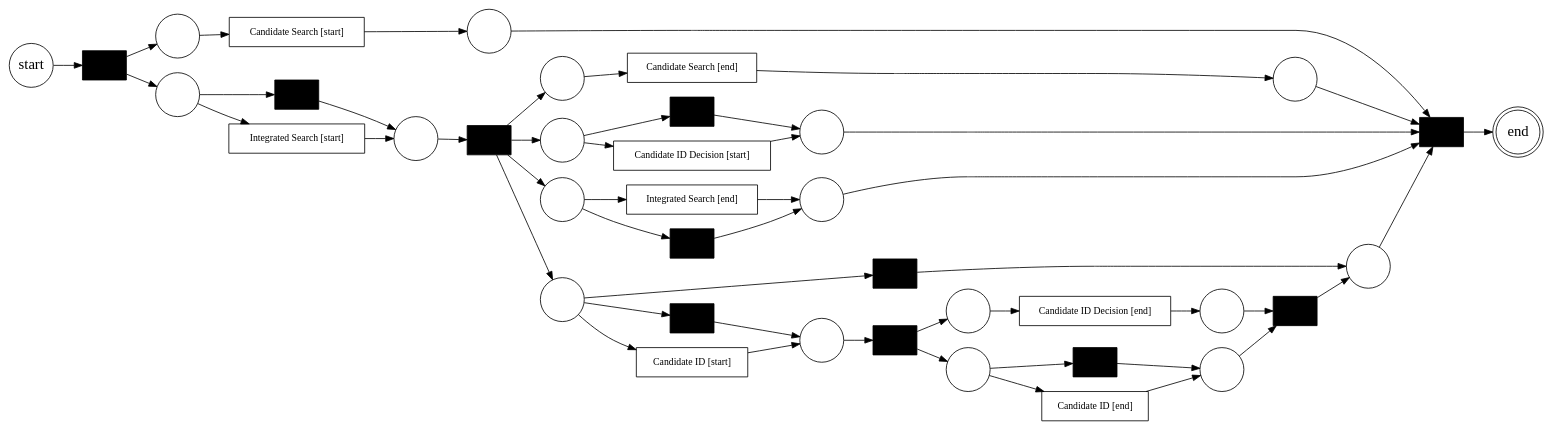
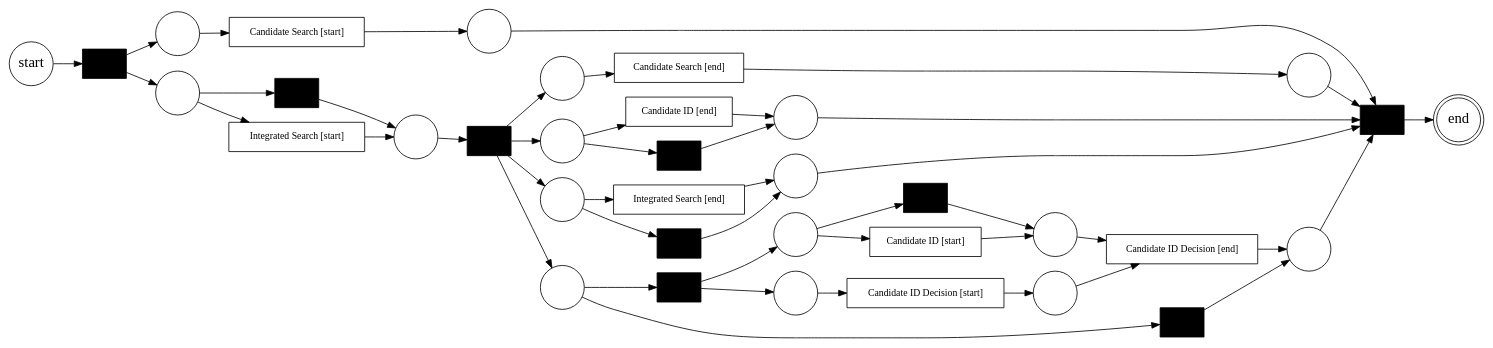
The diagram in lifecycles/level1/induct/Candidate_Integrated Search.gv (ProcessMining-uOttawa/ircc), drawn with Graphviz before and after one commit. The commit also changed 322 other files, not shown here.

```diff
--- a/lifecycles/level1/induct/Candidate_Integrated Search.gv
+++ b/lifecycles/level1/induct/Candidate_Integrated Search.gv
@@ -1,91 +1,84 @@
-digraph "imdf_net_1731853449.3183591" {
+digraph "imdf_net_1732282493.000562" {
 	graph [bgcolor=white rankdir=LR]
 	node [shape=box]
-	13548641808 [label="" border=1 fillcolor=black fontcolor=black fontsize=12 style=filled]
-	6202700304 [label="" border=1 fillcolor=black fontcolor=black fontsize=12 style=filled]
-	14235957648 [label="" border=1 fillcolor=black fontcolor=black fontsize=12 style=filled]
-	14235947536 [label="Candidate Search [start]" border=1 fillcolor=white fontcolor=black fontsize=12 style=filled]
-	14235947152 [label="" border=1 fillcolor=black fontcolor=black fontsize=12 style=filled]
-	14235953552 [label="" border=1 fillcolor=black fontcolor=black fontsize=12 style=filled]
-	14235953424 [label="" border=1 fillcolor=black fontcolor=black fontsize=12 style=filled]
-	6202698384 [label="" border=1 fillcolor=black fontcolor=black fontsize=12 style=filled]
-	14235957264 [label="Candidate Search [end]" border=1 fillcolor=white fontcolor=black fontsize=12 style=filled]
-	6202688464 [label="Integrated Search [end]" border=1 fillcolor=white fontcolor=black fontsize=12 style=filled]
-	6202700880 [label="Candidate ID Decision [start]" border=1 fillcolor=white fontcolor=black fontsize=12 style=filled]
-	6202689616 [label="" border=1 fillcolor=black fontcolor=black fontsize=12 style=filled]
-	6202701264 [label="" border=1 fillcolor=black fontcolor=black fontsize=12 style=filled]
-	6202688592 [label="Candidate ID [start]" border=1 fillcolor=white fontcolor=black fontsize=12 style=filled]
-	6202696016 [label="Candidate ID Decision [end]" border=1 fillcolor=white fontcolor=black fontsize=12 style=filled]
-	6202698576 [label="" border=1 fillcolor=black fontcolor=black fontsize=12 style=filled]
-	14235943184 [label="Integrated Search [start]" border=1 fillcolor=white fontcolor=black fontsize=12 style=filled]
-	6202698192 [label="Candidate ID [end]" border=1 fillcolor=white fontcolor=black fontsize=12 style=filled]
-	6202688528 [label="" border=1 fillcolor=black fontcolor=black fontsize=12 style=filled]
-	14235956688 [label="start" fillcolor=white fixedsize=true fontsize=18 shape=circle style=filled width=0.75]
-	14235955728 [label="" fillcolor=white fixedsize=true shape=circle style=filled width=0.75]
-	14235943568 [label="" fillcolor=white fixedsize=true shape=circle style=filled width=0.75]
-	13548643664 [label="" fillcolor=white fixedsize=true shape=circle style=filled width=0.75]
-	13548646416 [label="" fillcolor=white fixedsize=true shape=circle style=filled width=0.75]
-	6202688912 [label="" fillcolor=white fixedsize=true shape=circle style=filled width=0.75]
-	6202689296 [label="" fillcolor=white fixedsize=true shape=circle style=filled width=0.75]
-	6202694544 [label="" fillcolor=white fixedsize=true shape=circle style=filled width=0.75]
-	6202697360 [label="" fillcolor=white fixedsize=true shape=circle style=filled width=0.75]
-	6202698448 [label="" fillcolor=white fixedsize=true shape=circle style=filled width=0.75]
-	6202699856 [label="" fillcolor=white fixedsize=true shape=circle style=filled width=0.75]
-	6202701200 [label="" fillcolor=white fixedsize=true shape=circle style=filled width=0.75]
-	6202699472 [label="" fillcolor=white fixedsize=true shape=circle style=filled width=0.75]
-	6202696400 [label="" fillcolor=white fixedsize=true shape=circle style=filled width=0.75]
-	14235958224 [label="" fillcolor=white fixedsize=true shape=circle style=filled width=0.75]
-	14235958288 [label="" fillcolor=white fixedsize=true shape=circle style=filled width=0.75]
-	14235948176 [label="" fillcolor=white fixedsize=true shape=circle style=filled width=0.75]
-	14235944272 [label="" fillcolor=white fixedsize=true shape=circle style=filled width=0.75]
-	14235945040 [label="end" fillcolor=white fixedsize=true fontsize=18 shape=doublecircle style=filled width=0.75]
-	6202696016 -> 6202701200 [label="" arrowhead=normal fontsize=12]
-	6202688464 -> 6202689296 [label="" arrowhead=normal fontsize=12]
-	6202688592 -> 6202698448 [label="" arrowhead=normal fontsize=12]
-	14235947536 -> 14235958288 [label="" arrowhead=normal fontsize=12]
-	14235957264 -> 14235943568 [label="" arrowhead=normal fontsize=12]
-	6202698192 -> 6202696400 [label="" arrowhead=normal fontsize=12]
-	14235943184 -> 14235944272 [label="" arrowhead=normal fontsize=12]
-	6202700880 -> 13548646416 [label="" arrowhead=normal fontsize=12]
-	14235955728 -> 14235957264 [label="" arrowhead=normal fontsize=12]
-	14235943568 -> 14235947152 [label="" arrowhead=normal fontsize=12]
-	13548643664 -> 6202700880 [label="" arrowhead=normal fontsize=12]
-	13548643664 -> 13548641808 [label="" arrowhead=normal fontsize=12]
-	13548646416 -> 14235947152 [label="" arrowhead=normal fontsize=12]
-	6202688912 -> 6202688464 [label="" arrowhead=normal fontsize=12]
-	6202688912 -> 6202689616 [label="" arrowhead=normal fontsize=12]
-	6202689296 -> 14235947152 [label="" arrowhead=normal fontsize=12]
-	6202694544 -> 6202688592 [label="" arrowhead=normal fontsize=12]
-	6202694544 -> 6202700304 [label="" arrowhead=normal fontsize=12]
-	6202694544 -> 6202701264 [label="" arrowhead=normal fontsize=12]
-	6202697360 -> 14235947152 [label="" arrowhead=normal fontsize=12]
-	6202698448 -> 6202688528 [label="" arrowhead=normal fontsize=12]
-	6202699856 -> 6202696016 [label="" arrowhead=normal fontsize=12]
-	6202701200 -> 6202698384 [label="" arrowhead=normal fontsize=12]
-	6202699472 -> 6202698192 [label="" arrowhead=normal fontsize=12]
-	6202699472 -> 6202698576 [label="" arrowhead=normal fontsize=12]
-	6202696400 -> 6202698384 [label="" arrowhead=normal fontsize=12]
-	14235958224 -> 14235947536 [label="" arrowhead=normal fontsize=12]
-	14235958288 -> 14235947152 [label="" arrowhead=normal fontsize=12]
-	14235948176 -> 14235943184 [label="" arrowhead=normal fontsize=12]
-	14235948176 -> 14235953552 [label="" arrowhead=normal fontsize=12]
-	14235944272 -> 14235953424 [label="" arrowhead=normal fontsize=12]
-	13548641808 -> 13548646416 [label="" arrowhead=normal fontsize=12]
-	6202689616 -> 6202689296 [label="" arrowhead=normal fontsize=12]
-	6202700304 -> 6202697360 [label="" arrowhead=normal fontsize=12]
-	6202701264 -> 6202698448 [label="" arrowhead=normal fontsize=12]
-	6202698576 -> 6202696400 [label="" arrowhead=normal fontsize=12]
-	14235953552 -> 14235944272 [label="" arrowhead=normal fontsize=12]
-	14235956688 -> 14235957648 [label="" arrowhead=normal fontsize=12]
-	6202698384 -> 6202697360 [label="" arrowhead=normal fontsize=12]
-	14235947152 -> 14235945040 [label="" arrowhead=normal fontsize=12]
-	6202688528 -> 6202699856 [label="" arrowhead=normal fontsize=12]
-	6202688528 -> 6202699472 [label="" arrowhead=normal fontsize=12]
-	14235953424 -> 14235955728 [label="" arrowhead=normal fontsize=12]
-	14235953424 -> 13548643664 [label="" arrowhead=normal fontsize=12]
-	14235953424 -> 6202688912 [label="" arrowhead=normal fontsize=12]
-	14235953424 -> 6202694544 [label="" arrowhead=normal fontsize=12]
-	14235957648 -> 14235958224 [label="" arrowhead=normal fontsize=12]
-	14235957648 -> 14235948176 [label="" arrowhead=normal fontsize=12]
+	13504294480 [label="" border=1 fillcolor=black fontcolor=black fontsize=12 style=filled]
+	13369180816 [label="Candidate ID [end]" border=1 fillcolor=white fontcolor=black fontsize=12 style=filled]
+	13369189136 [label="Integrated Search [end]" border=1 fillcolor=white fontcolor=black fontsize=12 style=filled]
+	13369185680 [label="" border=1 fillcolor=black fontcolor=black fontsize=12 style=filled]
+	13328984848 [label="" border=1 fillcolor=black fontcolor=black fontsize=12 style=filled]
+	13369194256 [label="" border=1 fillcolor=black fontcolor=black fontsize=12 style=filled]
+	4366667664 [label="" border=1 fillcolor=black fontcolor=black fontsize=12 style=filled]
+	13475281424 [label="Candidate ID Decision [start]" border=1 fillcolor=white fontcolor=black fontsize=12 style=filled]
+	13475281296 [label="Candidate ID Decision [end]" border=1 fillcolor=white fontcolor=black fontsize=12 style=filled]
+	4366669392 [label="Candidate ID [start]" border=1 fillcolor=white fontcolor=black fontsize=12 style=filled]
+	13369194704 [label="" border=1 fillcolor=black fontcolor=black fontsize=12 style=filled]
+	13369193296 [label="" border=1 fillcolor=black fontcolor=black fontsize=12 style=filled]
+	13369183824 [label="Candidate Search [start]" border=1 fillcolor=white fontcolor=black fontsize=12 style=filled]
+	13328985424 [label="" border=1 fillcolor=black fontcolor=black fontsize=12 style=filled]
+	13369191376 [label="" border=1 fillcolor=black fontcolor=black fontsize=12 style=filled]
+	13369184464 [label="Integrated Search [start]" border=1 fillcolor=white fontcolor=black fontsize=12 style=filled]
+	13369192912 [label="Candidate Search [end]" border=1 fillcolor=white fontcolor=black fontsize=12 style=filled]
+	13328988240 [label="start" fillcolor=white fixedsize=true fontsize=18 shape=circle style=filled width=0.75]
+	13369191760 [label="" fillcolor=white fixedsize=true shape=circle style=filled width=0.75]
+	13369180624 [label="" fillcolor=white fixedsize=true shape=circle style=filled width=0.75]
+	13369181264 [label="" fillcolor=white fixedsize=true shape=circle style=filled width=0.75]
+	13369192016 [label="" fillcolor=white fixedsize=true shape=circle style=filled width=0.75]
+	13369192848 [label="" fillcolor=white fixedsize=true shape=circle style=filled width=0.75]
+	13369192400 [label="" fillcolor=white fixedsize=true shape=circle style=filled width=0.75]
+	13369195984 [label="" fillcolor=white fixedsize=true shape=circle style=filled width=0.75]
+	13369181520 [label="" fillcolor=white fixedsize=true shape=circle style=filled width=0.75]
+	13504283152 [label="" fillcolor=white fixedsize=true shape=circle style=filled width=0.75]
+	4366669648 [label="" fillcolor=white fixedsize=true shape=circle style=filled width=0.75]
+	4366673936 [label="" fillcolor=white fixedsize=true shape=circle style=filled width=0.75]
+	4366673040 [label="" fillcolor=white fixedsize=true shape=circle style=filled width=0.75]
+	13328989712 [label="" fillcolor=white fixedsize=true shape=circle style=filled width=0.75]
+	13369192336 [label="" fillcolor=white fixedsize=true shape=circle style=filled width=0.75]
+	13369196432 [label="" fillcolor=white fixedsize=true shape=circle style=filled width=0.75]
+	13369182096 [label="" fillcolor=white fixedsize=true shape=circle style=filled width=0.75]
+	13328974032 [label="end" fillcolor=white fixedsize=true fontsize=18 shape=doublecircle style=filled width=0.75]
+	13369192912 -> 13369180624 [label="" arrowhead=normal fontsize=12]
+	13369189136 -> 13369192400 [label="" arrowhead=normal fontsize=12]
+	13369184464 -> 13369182096 [label="" arrowhead=normal fontsize=12]
+	13475281296 -> 13369181520 [label="" arrowhead=normal fontsize=12]
+	13369183824 -> 13369192336 [label="" arrowhead=normal fontsize=12]
+	4366669392 -> 4366669648 [label="" arrowhead=normal fontsize=12]
+	13475281424 -> 4366673040 [label="" arrowhead=normal fontsize=12]
+	13369180816 -> 13369192016 [label="" arrowhead=normal fontsize=12]
+	13369191760 -> 13369192912 [label="" arrowhead=normal fontsize=12]
+	13369180624 -> 13328985424 [label="" arrowhead=normal fontsize=12]
+	13369181264 -> 13369180816 [label="" arrowhead=normal fontsize=12]
+	13369181264 -> 13369185680 [label="" arrowhead=normal fontsize=12]
+	13369192016 -> 13328985424 [label="" arrowhead=normal fontsize=12]
+	13369192848 -> 13369189136 [label="" arrowhead=normal fontsize=12]
+	13369192848 -> 13369194704 [label="" arrowhead=normal fontsize=12]
+	13369192400 -> 13328985424 [label="" arrowhead=normal fontsize=12]
+	13369195984 -> 13369193296 [label="" arrowhead=normal fontsize=12]
+	13369195984 -> 13504294480 [label="" arrowhead=normal fontsize=12]
+	13369181520 -> 13328985424 [label="" arrowhead=normal fontsize=12]
+	13504283152 -> 4366669392 [label="" arrowhead=normal fontsize=12]
+	13504283152 -> 4366667664 [label="" arrowhead=normal fontsize=12]
+	4366669648 -> 13475281296 [label="" arrowhead=normal fontsize=12]
+	4366673936 -> 13475281424 [label="" arrowhead=normal fontsize=12]
+	4366673040 -> 13475281296 [label="" arrowhead=normal fontsize=12]
+	13328989712 -> 13369183824 [label="" arrowhead=normal fontsize=12]
+	13369192336 -> 13328985424 [label="" arrowhead=normal fontsize=12]
+	13369196432 -> 13369184464 [label="" arrowhead=normal fontsize=12]
+	13369196432 -> 13369191376 [label="" arrowhead=normal fontsize=12]
+	13369182096 -> 13369194256 [label="" arrowhead=normal fontsize=12]
+	13369185680 -> 13369192016 [label="" arrowhead=normal fontsize=12]
+	13369194704 -> 13369192400 [label="" arrowhead=normal fontsize=12]
+	13369193296 -> 13369181520 [label="" arrowhead=normal fontsize=12]
+	4366667664 -> 4366669648 [label="" arrowhead=normal fontsize=12]
+	13369191376 -> 13369182096 [label="" arrowhead=normal fontsize=12]
+	13328988240 -> 13328984848 [label="" arrowhead=normal fontsize=12]
+	13328985424 -> 13328974032 [label="" arrowhead=normal fontsize=12]
+	13504294480 -> 13504283152 [label="" arrowhead=normal fontsize=12]
+	13504294480 -> 4366673936 [label="" arrowhead=normal fontsize=12]
+	13369194256 -> 13369191760 [label="" arrowhead=normal fontsize=12]
+	13369194256 -> 13369181264 [label="" arrowhead=normal fontsize=12]
+	13369194256 -> 13369192848 [label="" arrowhead=normal fontsize=12]
+	13369194256 -> 13369195984 [label="" arrowhead=normal fontsize=12]
+	13328984848 -> 13328989712 [label="" arrowhead=normal fontsize=12]
+	13328984848 -> 13369196432 [label="" arrowhead=normal fontsize=12]
 	overlap=false
 }
```
